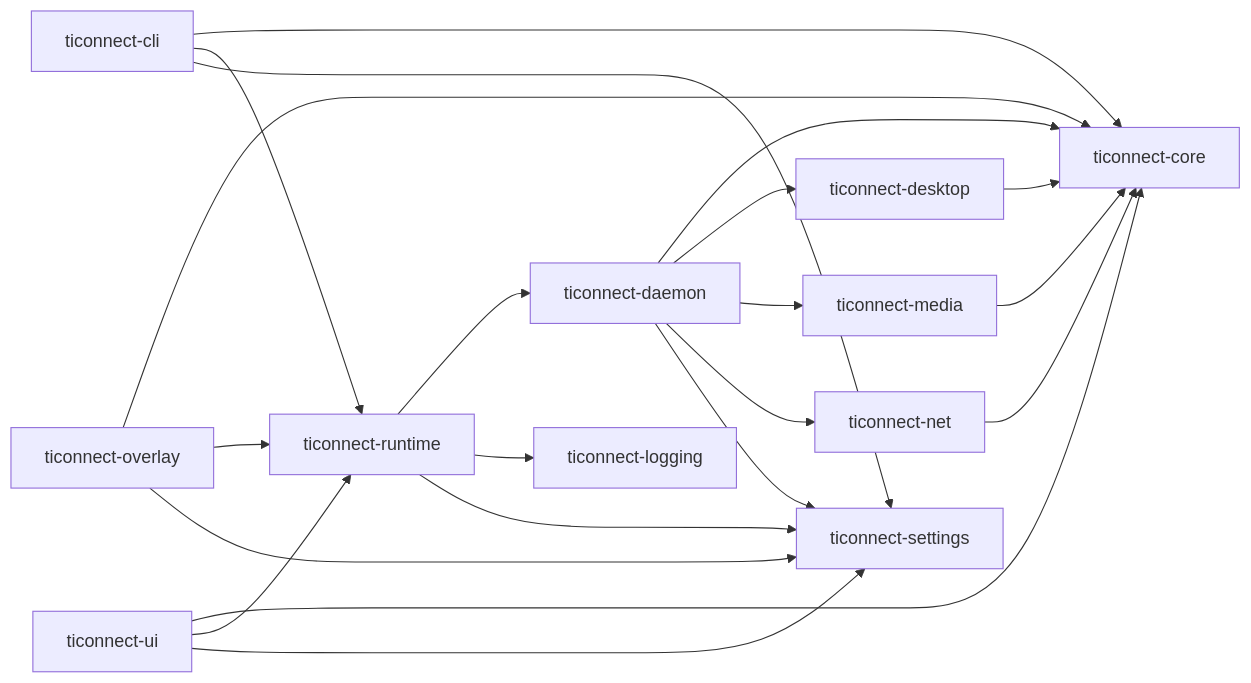
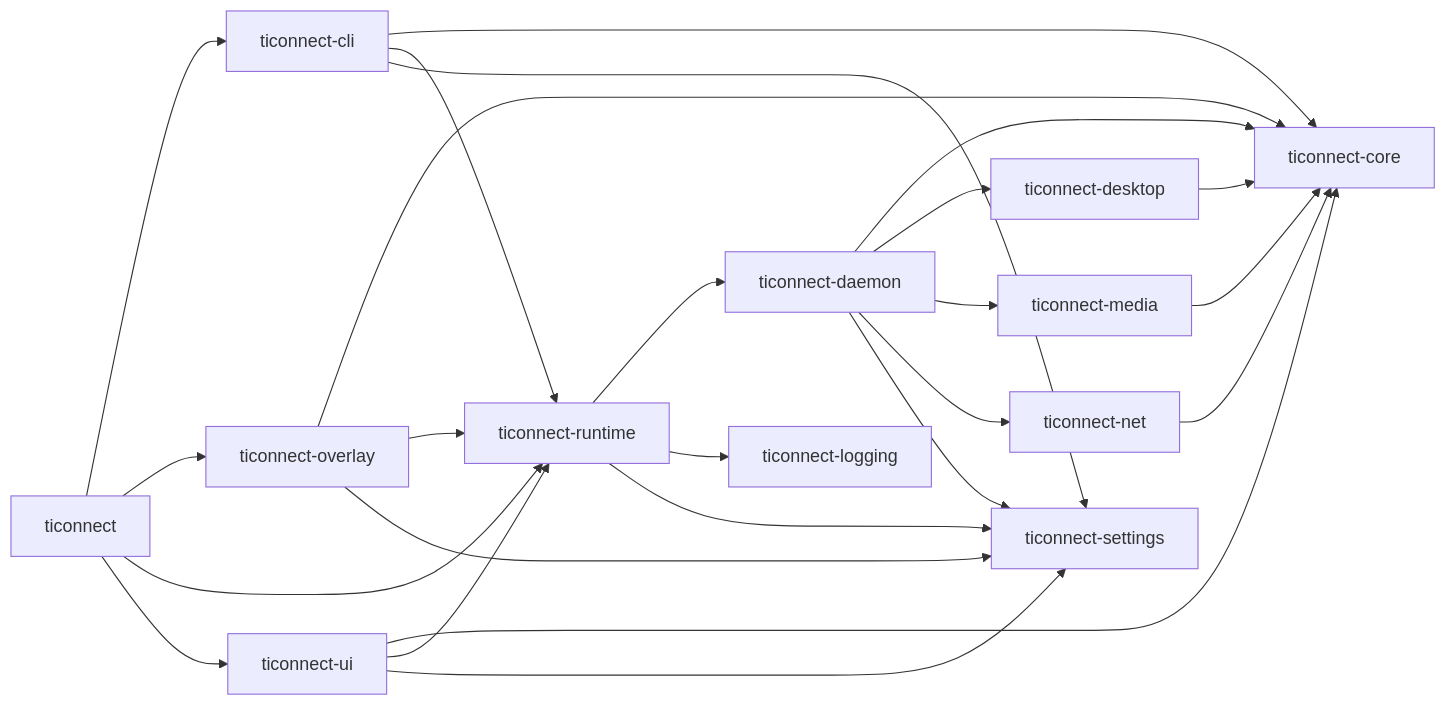
The diagram in docs/systems/generated/build-deps.md (TICO-CO/TiConnect), drawn with Mermaid before and after one commit. The commit also changed other lines of this file and 32 other files, not shown here.

````diff
--- a/docs/systems/generated/build-deps.md
+++ b/docs/systems/generated/build-deps.md
@@ -7,23 +7,27 @@
 ```mermaid
 flowchart LR
+  p_ticonnect["ticonnect"] --> p_ticonnect_cli["ticonnect-cli"]
+  p_ticonnect["ticonnect"] --> p_ticonnect_overlay["ticonnect-overlay"]
+  p_ticonnect["ticonnect"] --> p_ticonnect_runtime["ticonnect-runtime"]
+  p_ticonnect["ticonnect"] --> p_ticonnect_ui["ticonnect-ui"]
   p_ticonnect_cli["ticonnect-cli"] --> p_ticonnect_core["ticonnect-core"]
   p_ticonnect_cli["ticonnect-cli"] --> p_ticonnect_runtime["ticonnect-runtime"]
   p_ticonnect_cli["ticonnect-cli"] --> p_ticonnect_settings["ticonnect-settings"]
   p_ticonnect_daemon["ticonnect-daemon"] --> p_ticonnect_core["ticonnect-core"]
   p_ticonnect_daemon["ticonnect-daemon"] --> p_ticonnect_desktop["ticonnect-desktop"]
   p_ticonnect_daemon["ticonnect-daemon"] --> p_ticonnect_media["ticonnect-media"]
   p_ticonnect_daemon["ticonnect-daemon"] --> p_ticonnect_net["ticonnect-net"]
   p_ticonnect_daemon["ticonnect-daemon"] --> p_ticonnect_settings["ticonnect-settings"]
   p_ticonnect_desktop["ticonnect-desktop"] --> p_ticonnect_core["ticonnect-core"]
   p_ticonnect_media["ticonnect-media"] --> p_ticonnect_core["ticonnect-core"]
   p_ticonnect_net["ticonnect-net"] --> p_ticonnect_core["ticonnect-core"]
   p_ticonnect_overlay["ticonnect-overlay"] --> p_ticonnect_core["ticonnect-core"]
   p_ticonnect_overlay["ticonnect-overlay"] --> p_ticonnect_runtime["ticonnect-runtime"]
   p_ticonnect_overlay["ticonnect-overlay"] --> p_ticonnect_settings["ticonnect-settings"]
   p_ticonnect_runtime["ticonnect-runtime"] --> p_ticonnect_daemon["ticonnect-daemon"]
   p_ticonnect_runtime["ticonnect-runtime"] --> p_ticonnect_logging["ticonnect-logging"]
   p_ticonnect_runtime["ticonnect-runtime"] --> p_ticonnect_settings["ticonnect-settings"]
   p_ticonnect_ui["ticonnect-ui"] --> p_ticonnect_core["ticonnect-core"]
   p_ticonnect_ui["ticonnect-ui"] --> p_ticonnect_runtime["ticonnect-runtime"]
   p_ticonnect_ui["ticonnect-ui"] --> p_ticonnect_settings["ticonnect-settings"]
 ```
````
